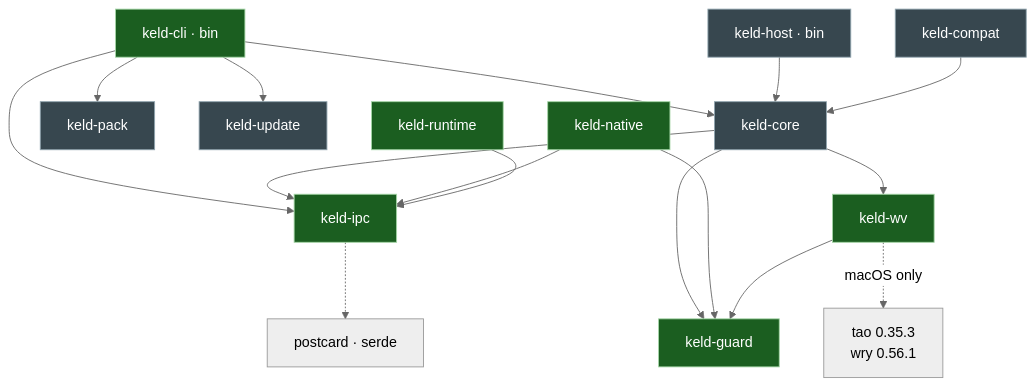
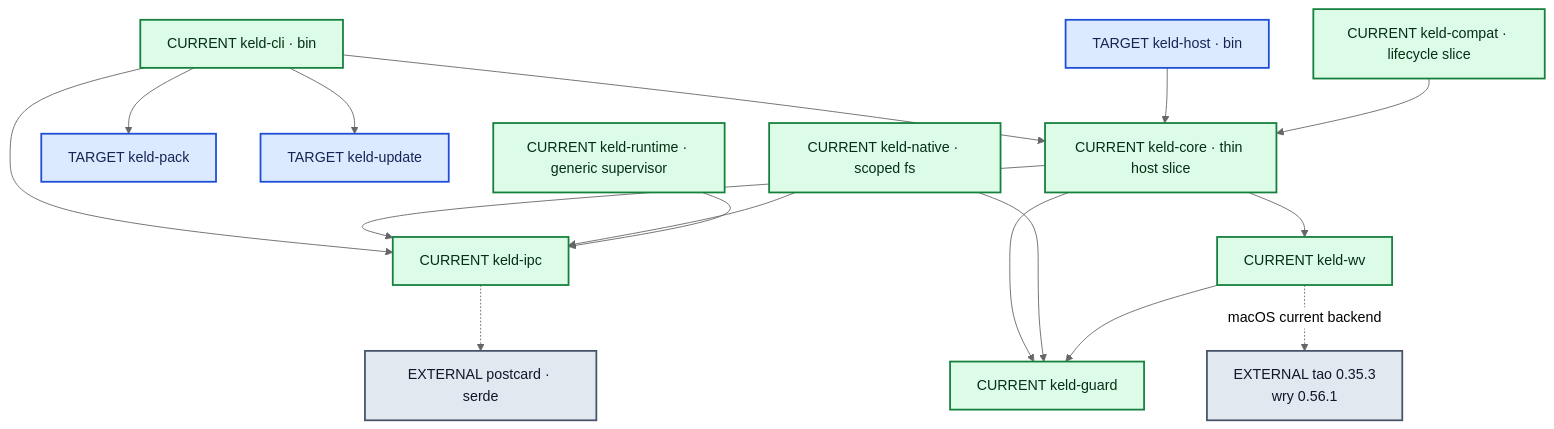
Before and after one commit to gyldlab/keld: the third of 3 diagrams in docs/onboarding/02-architecture-guide.md, drawn with Mermaid (neutral theme). The commit also changed other lines of this file and 14 other files, not shown here.

````diff
--- a/docs/onboarding/02-architecture-guide.md
+++ b/docs/onboarding/02-architecture-guide.md
@@ -311,23 +323,35 @@
 ```mermaid
 flowchart TD
-    cli[keld-cli · bin] --> core
+    accTitle: Current Keld crate dependency graph
+    accDescr {
+      The diagram shows current declared workspace dependencies. Green current nodes
+      have live behavior, blue target nodes remain skeletons or are not yet reached by
+      the host; the graph is an onboarding map, not a product-completeness claim.
+    }
+
+    cli["CURRENT keld-cli · bin"] --> core
     cli --> ipc
-    cli --> pack[keld-pack]
-    cli --> update[keld-update]
-    host[keld-host · bin] --> core
-    compat[keld-compat] --> core
-    core[keld-core] --> ipc[keld-ipc]
-    core --> guard[keld-guard]
-    core --> wv[keld-wv]
-    native[keld-native] --> guard
+    cli --> pack["TARGET keld-pack"]
+    cli --> update["TARGET keld-update"]
+    host["TARGET keld-host · bin"] --> core
+    compat["CURRENT keld-compat · lifecycle slice"] --> core
+    core["CURRENT keld-core · thin host slice"] --> ipc["CURRENT keld-ipc"]
+    core --> guard["CURRENT keld-guard"]
+    core --> wv["CURRENT keld-wv"]
+    native["CURRENT keld-native · scoped fs"] --> guard
     native --> ipc
-    runtime[keld-runtime] --> ipc
+    runtime["CURRENT keld-runtime · generic supervisor"] --> ipc
     wv --> guard
-    wv -.->|macOS only| ext["tao 0.35.3<br/>wry 0.56.1"]
-    ipc -.-> pc["postcard · serde"]
+    wv -.->|macOS current backend| ext["EXTERNAL tao 0.35.3<br/>wry 0.56.1"]
+    ipc -.-> pc["EXTERNAL postcard · serde"]
 
-    classDef live fill:#1b5e20,stroke:#a5d6a7,color:#fff
-    classDef skel fill:#37474f,stroke:#90a4ae,color:#fff
-    class ipc,wv,cli,guard,native,runtime live
-    class core,update,pack,compat,host skel
+    classDef current fill:#dcfce7,stroke:#15803d,color:#052e16,stroke-width:2px
+    classDef target fill:#dbeafe,stroke:#1d4ed8,color:#172554,stroke-width:2px
+    classDef showcase fill:#f3e8ff,stroke:#7e22ce,color:#3b0764,stroke-width:2px,stroke-dasharray:5 3
+    classDef gate fill:#fef3c7,stroke:#b45309,color:#451a03,stroke-width:2px
+    classDef external fill:#e2e8f0,stroke:#475569,color:#0f172a,stroke-width:2px
+    classDef denied fill:#fee2e2,stroke:#b91c1c,color:#450a0a,stroke-width:2px
+    class cli,compat,core,ipc,guard,wv,native,runtime current
+    class pack,update,host target
+    class ext,pc external
 ```
````
